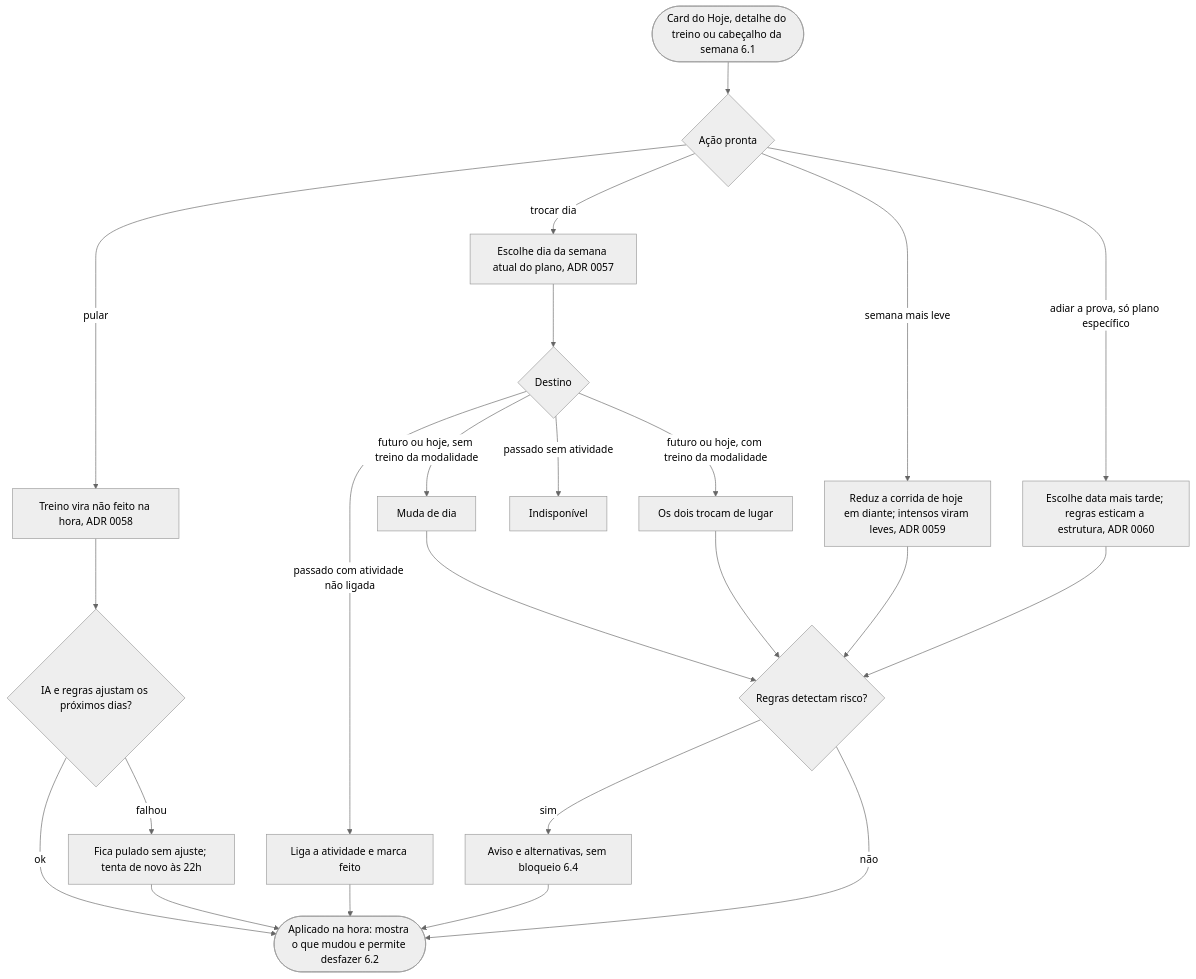
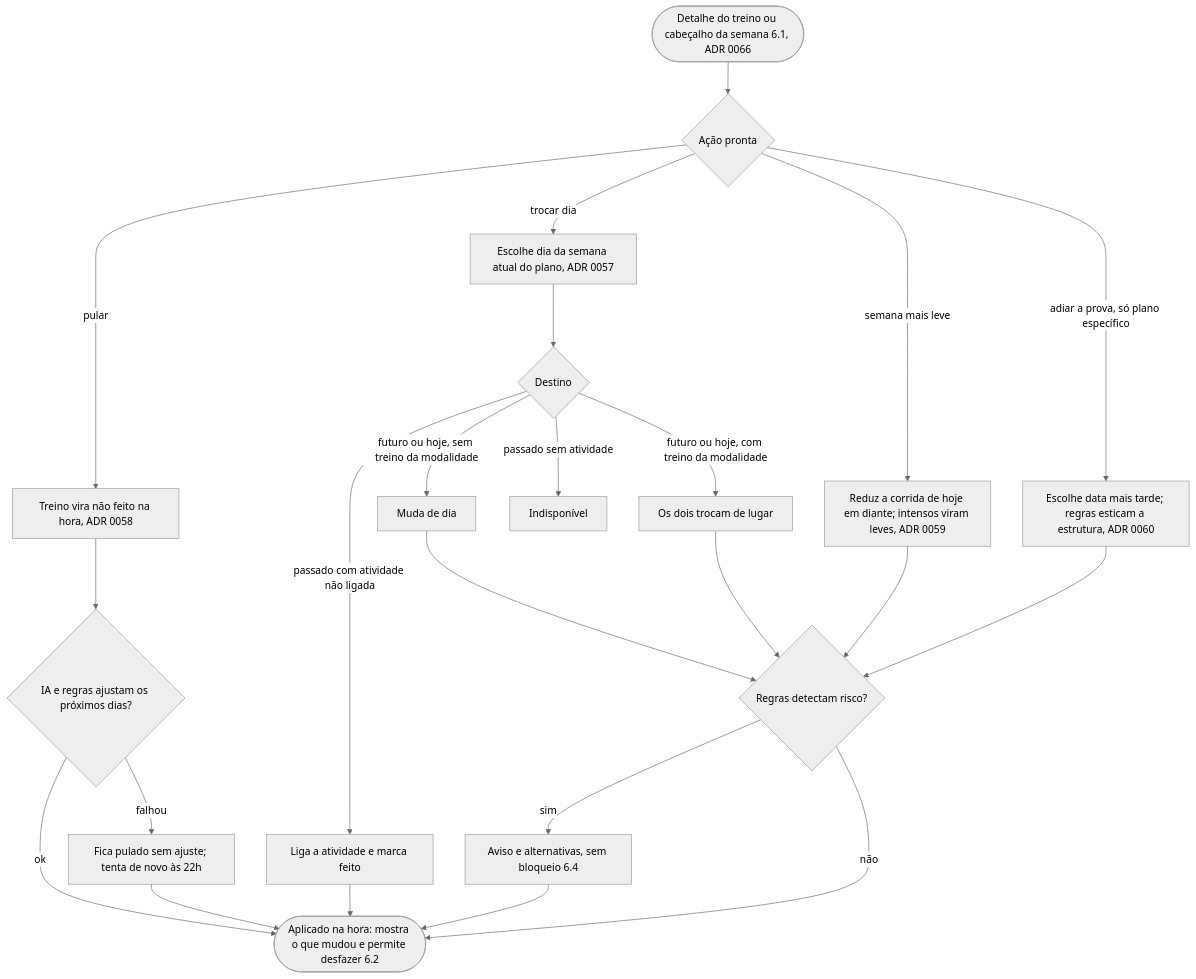
One commit to cruzvini/app-corrida changed the ninth of 11 diagrams in docs/fluxos.md. Above: the diagram before and after it, drawn with Mermaid (neutral theme). The commit also changed other lines of this file and 2 other files, not shown here.

Commit message:
docs: alinha ADR 0058 e fluxos ao ADR 0066 (ações só no detalhe do treino)

````diff
--- a/docs/fluxos.md
+++ b/docs/fluxos.md
@@ -228,23 +228,23 @@
 ```mermaid
 flowchart TD
-  A([Card do Hoje, detalhe do treino ou cabeçalho da semana 6.1]) --> B{Ação pronta}
+  A([Detalhe do treino ou cabeçalho da semana 6.1, ADR 0066]) --> B{Ação pronta}
   B -- pular --> P[Treino vira não feito na hora, ADR 0058]
   P --> P1{IA e regras ajustam os próximos dias?}
   P1 -- ok --> N
   P1 -- falhou --> P2[Fica pulado sem ajuste; tenta de novo às 22h] --> N
   B -- trocar dia --> T[Escolhe dia da semana atual do plano, ADR 0057]
   T --> T1{Destino}
   T1 -- futuro ou hoje, sem treino da modalidade --> T2[Muda de dia]
   T1 -- futuro ou hoje, com treino da modalidade --> T3[Os dois trocam de lugar]
   T1 -- passado com atividade não ligada --> T4[Liga a atividade e marca feito]
   T1 -- passado sem atividade --> T5[Indisponível]
   T2 --> R
   T3 --> R
   T4 --> N
   B -- semana mais leve --> L[Reduz a corrida de hoje em diante; intensos viram leves, ADR 0059] --> R
   B -- adiar a prova, só plano específico --> AD[Escolhe data mais tarde; regras esticam a estrutura, ADR 0060] --> R
   R{Regras detectam risco?}
   R -- sim --> R1[Aviso e alternativas, sem bloqueio 6.4] --> N
   R -- não --> N
   N([Aplicado na hora: mostra o que mudou e permite desfazer 6.2])
 ```
````
